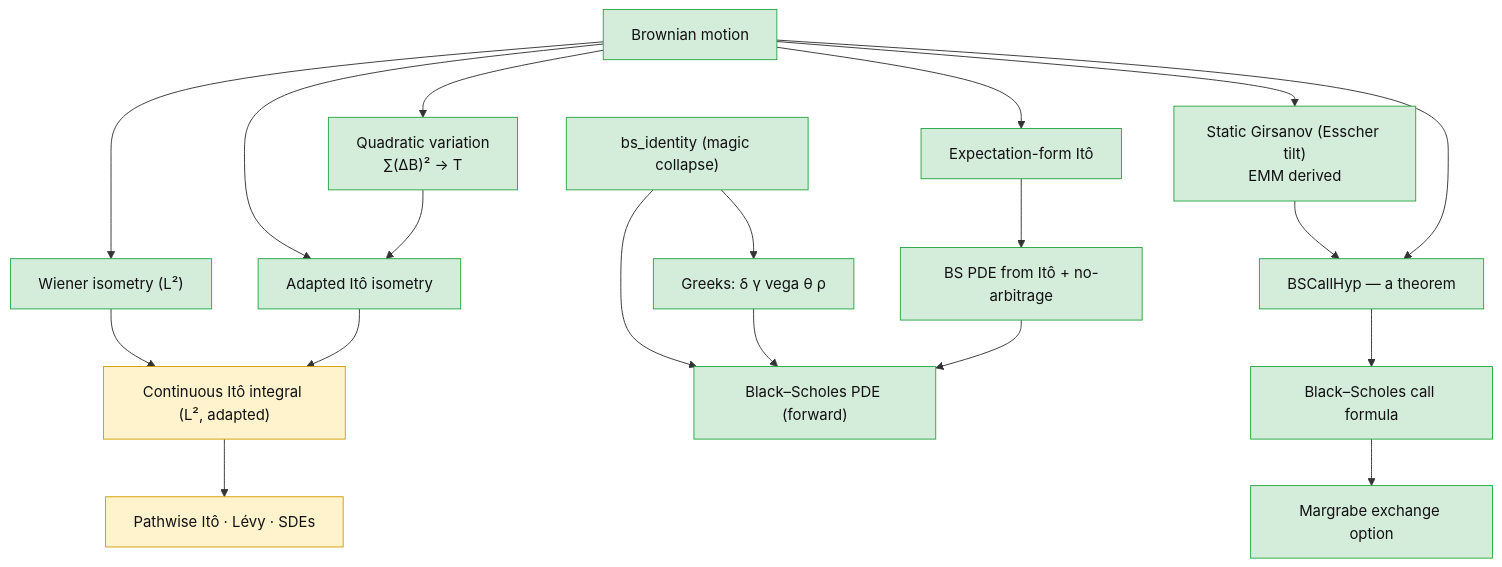
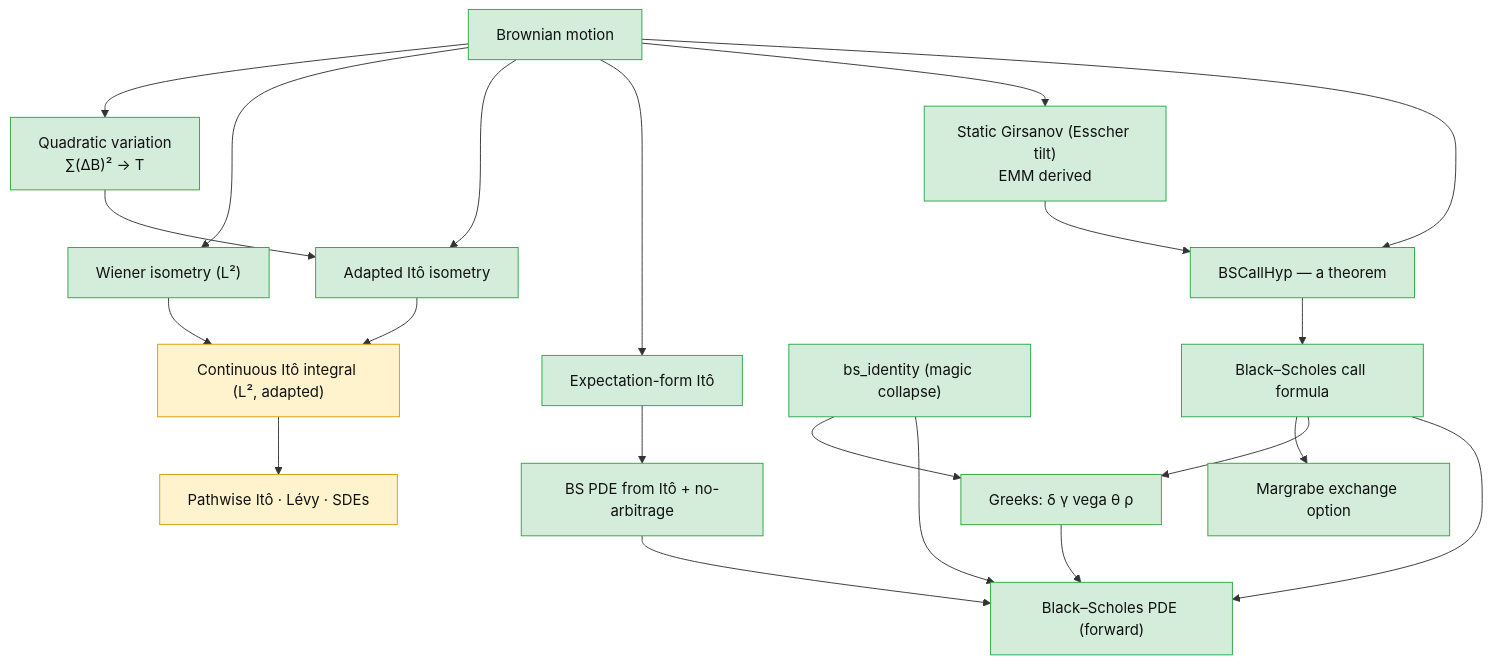
Before and after one commit to raphaelrrcoelho/formal-mathfin: the diagram in docs/blueprint.md, drawn with Mermaid. The commit also changed other lines of this file, not shown here.

Commit message:
docs(blueprint): anchor pricing cluster (formula → Greeks/PDE); note bs_identity is a root input

````diff
--- a/docs/blueprint.md
+++ b/docs/blueprint.md
@@ -17,40 +17,42 @@
 ```mermaid
 graph TD
   BM["Brownian motion"]:::proved
   QV["Quadratic variation<br/>∑(ΔB)² → T"]:::proved
   WI["Wiener isometry (L²)"]:::proved
   II["Adapted Itô isometry"]:::proved
   EI["Expectation-form Itô"]:::proved
   GIR["Static Girsanov (Esscher tilt)<br/>EMM derived"]:::proved
   BCH["BSCallHyp — a theorem"]:::proved
   BSF["Black–Scholes call formula"]:::proved
   BID["bs_identity (magic collapse)"]:::proved
   GRK["Greeks: δ γ vega θ ρ"]:::proved
   PDE["Black–Scholes PDE (forward)"]:::proved
   IPDE["BS PDE from Itô + no-arbitrage"]:::proved
   MAR["Margrabe exchange option"]:::proved
   CONT["Continuous Itô integral (L², adapted)"]:::gated
   PATH["Pathwise Itô · Lévy · SDEs"]:::gated
 
   BM --> QV
   BM --> WI
   BM --> II
   QV --> II
   BM --> EI
   BM --> GIR
   GIR --> BCH
   BM --> BCH
   BCH --> BSF
   BSF --> MAR
+  BSF --> GRK
+  BSF --> PDE
   BID --> GRK
   BID --> PDE
   GRK --> PDE
   EI --> IPDE
   IPDE --> PDE
   WI --> CONT
   II --> CONT
   CONT --> PATH
 
   classDef proved fill:#d4edda,stroke:#28a745,color:#111;
   classDef gated fill:#fff3cd,stroke:#d39e00,color:#111;
 ```
````
